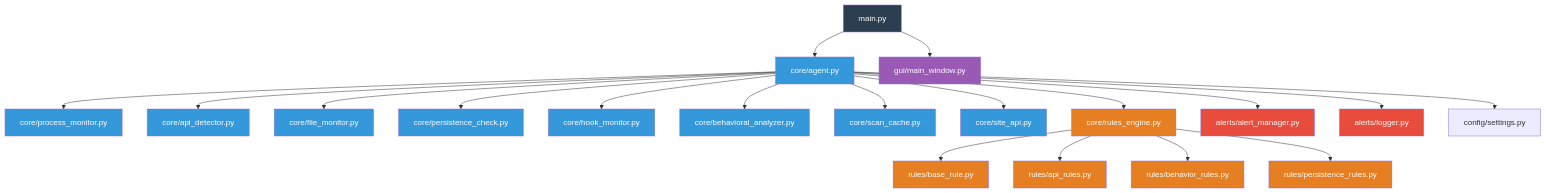
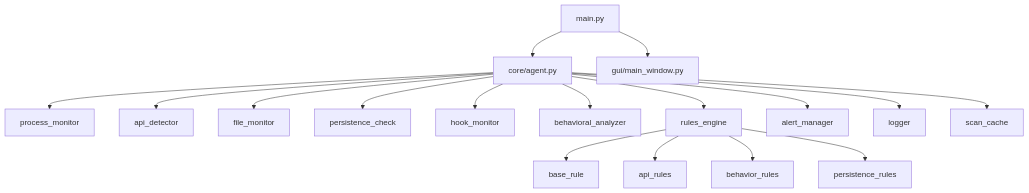
Before and after one commit to glorynino/detection-of-keylogger: the diagram in README.md, drawn with Mermaid. The commit also changed other lines of this file, not shown here.

````diff
--- a/README.md
+++ b/README.md
@@ -8,37 +89,22 @@
 ```mermaid
 graph TD
     A[main.py] --> B[core/agent.py]
     A --> C[gui/main_window.py]
     
-    B --> D[core/process_monitor.py]
-    B --> E[core/api_detector.py]
-    B --> F[core/file_monitor.py]
-    B --> G[core/persistence_check.py]
-    B --> H[core/hook_monitor.py]
-    B --> I[core/behavioral_analyzer.py]
-    B --> J[core/scan_cache.py]
-    B --> K[core/site_api.py]
-    B --> L[core/rules_engine.py]
+    B --> D[process_monitor]
+    B --> E[api_detector]
+    B --> F[file_monitor]
+    B --> G[persistence_check]
+    B --> H[hook_monitor]
+    B --> I[behavioral_analyzer]
     
-    L --> M[rules/base_rule.py]
-    L --> N[rules/api_rules.py]
-    L --> O[rules/behavior_rules.py]
-    L --> P[rules/persistence_rules.py]
+    B --> L[rules_engine]
+    L --> M[base_rule]
+    L --> N[api_rules]
+    L --> O[behavior_rules]
+    L --> P[persistence_rules]
     
-    B --> Q[alerts/alert_manager.py]
-    B --> R[alerts/logger.py]
-    
-    B --> S[config/settings.py]
-    
-    classDef main fill:#2c3e50,color:#fff
-    classDef core fill:#3498db,color:#fff
-    classDef gui fill:#9b59b6,color:#fff
-    classDef rules fill:#e67e22,color:#fff
-    classDef alerts fill:#e74c3c,color:#fff
-    
-    class A main
-    class B,C,D,E,F,G,H,I,J,K core
-    class C gui
-    class L,M,N,O,P rules
-    class Q,R alerts
+    B --> Q[alert_manager]
+    B --> R[logger]
+    B --> J[scan_cache]
 ```
````
